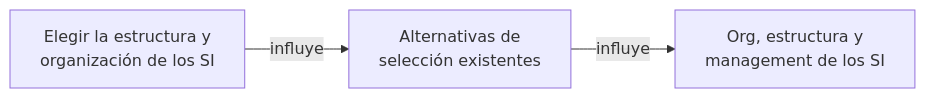
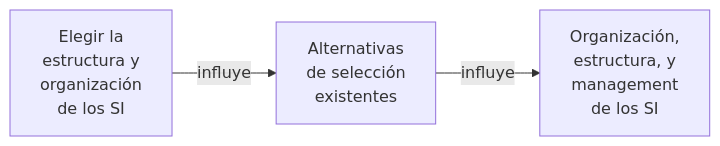
The first of 2 diagrams in 4to Nivel/Administración de Sistemas de Información/Provisión de SI y TI.md (agustinbravop/utn-vault), drawn with Mermaid before and after one commit. The commit also changed other lines of this file and 41 other files, not shown here.

````diff
--- a/4to Nivel/Administración de Sistemas de Información/Provisión de SI y TI.md
+++ b/4to Nivel/Administración de Sistemas de Información/Provisión de SI y TI.md
@@ -42,5 +42,13 @@
 ```mermaid
 flowchart LR;
 
-A["Elegir la estructura y \n organización de los SI"] -->|influye|B["Alternativas de\n selección existentes"] -->|influye|C["Org, estructura y \n management de los SI"]
+A["Elegir la
+estructura y
+organización
+de los SI"] -->|influye|B["Alternativas
+de selección
+existentes"] -->|influye|C["Organización,
+estructura, y
+management
+de los SI"]
 ```
````
